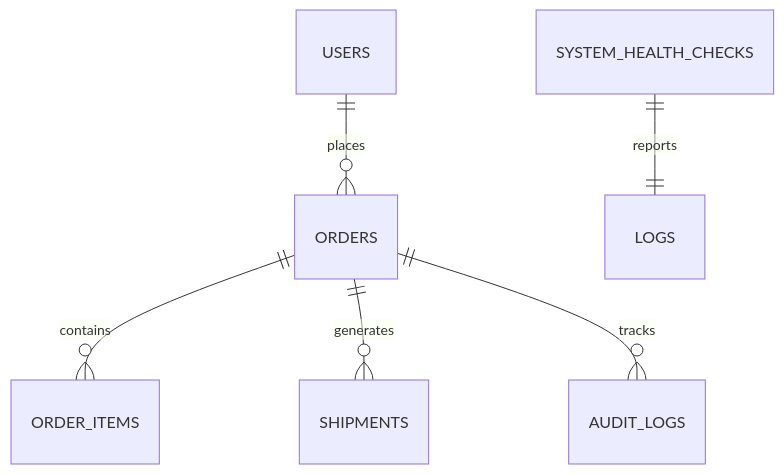
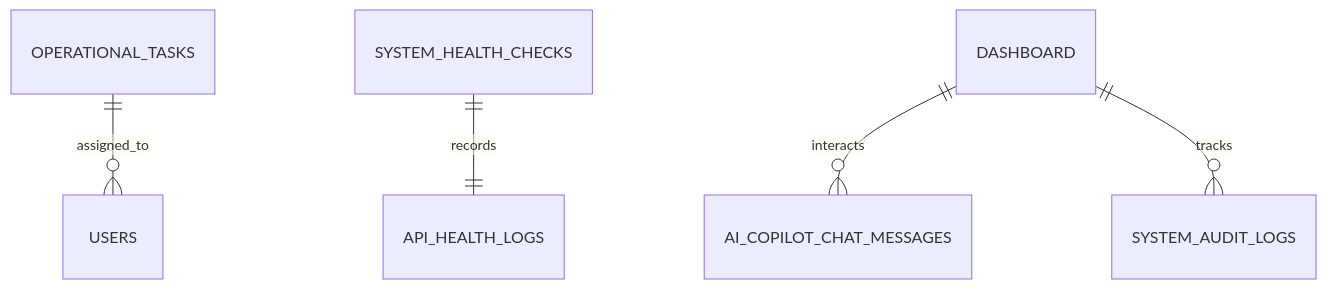
One commit to arteagaescorza-dev/mi-tienda-online changed the diagram in docs/modules/hub-1-dashboard.md. Above: the diagram before and after it, drawn with Mermaid. The commit also changed other lines of this file and 49 other files, not shown here.

````diff
--- a/docs/modules/hub-1-dashboard.md
+++ b/docs/modules/hub-1-dashboard.md
@@ -23,8 +21,7 @@
 ```mermaid
 erDiagram
-    ORDERS ||--o{ ORDER_ITEMS : contains
-    ORDERS ||--o{ SHIPMENTS : generates
-    ORDERS ||--o{ AUDIT_LOGS : tracks
-    USERS ||--o{ ORDERS : places
-    SYSTEM_HEALTH_CHECKS ||--|| LOGS : reports
+    OPERATIONAL_TASKS ||--o{ USERS : assigned_to
+    SYSTEM_HEALTH_CHECKS ||--|| API_HEALTH_LOGS : records
+    DASHBOARD ||--o{ AI_COPILOT_CHAT_MESSAGES : interacts
+    DASHBOARD ||--o{ SYSTEM_AUDIT_LOGS : tracks
 ```
````
